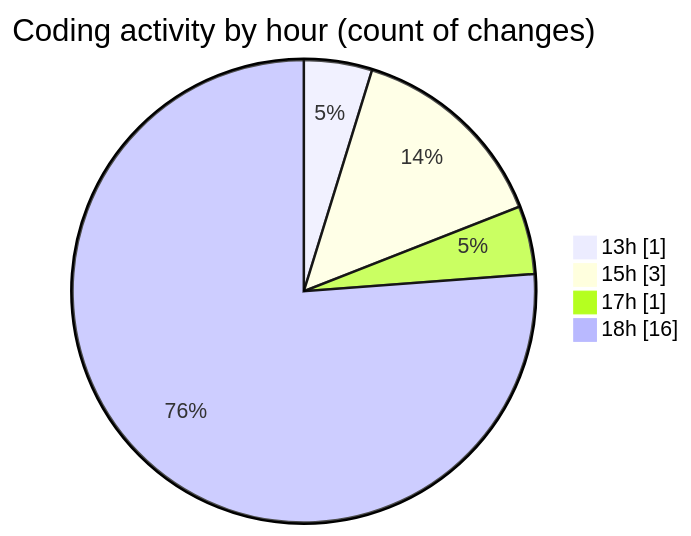
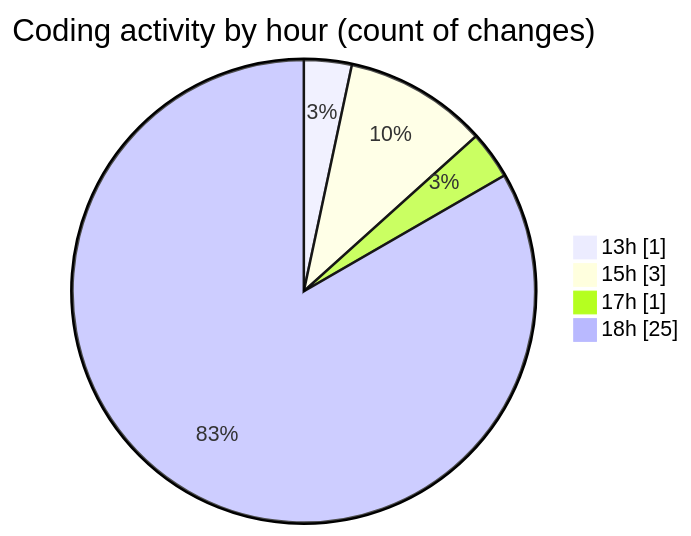
The second of 2 diagrams in 2025-04-09/nxtqube_webapp/README.md (nxtqubesakshisongat/code-tracking), drawn with Mermaid before and after one commit. The commit also changed other lines of this file and 1 other file, not shown here.

````diff
--- a/2025-04-09/nxtqube_webapp/README.md
+++ b/2025-04-09/nxtqube_webapp/README.md
@@ -32,8 +32,8 @@
 ```mermaid
 pie showData
 title Coding activity by hour (count of changes)
 "13h" : 1
 "15h" : 3
 "17h" : 1
-"18h" : 16
+"18h" : 25
 ```
````
